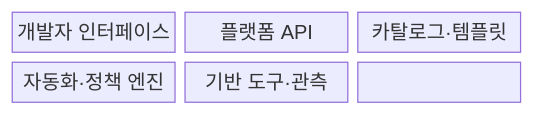
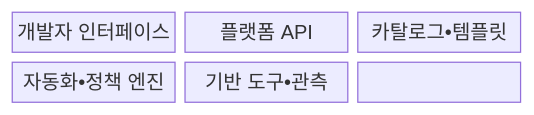
The first of 2 diagrams in src/content/docs/notes/08-latest-tech/176_idp.md (agnusdei1207/knowledge-base), drawn with Mermaid before and after one commit. The commit also changed other lines of this file and 953 other files, not shown here.

````diff
--- a/src/content/docs/notes/08-latest-tech/176_idp.md
+++ b/src/content/docs/notes/08-latest-tech/176_idp.md
@@ -71,11 +71,11 @@
 ```mermaid
 block-beta
   columns 3
   N0["개발자 인터페이스"]
   N1["플랫폼 API"]
-  N2["카탈로그·템플릿"]
-  N3["자동화·정책 엔진"]
-  N4["기반 도구·관측"]
+  N2["카탈로그•템플릿"]
+  N3["자동화•정책 엔진"]
+  N4["기반 도구•관측"]
   N0 --- N1 --- N2
   N2 --- N3 --- N4
 ```
````
